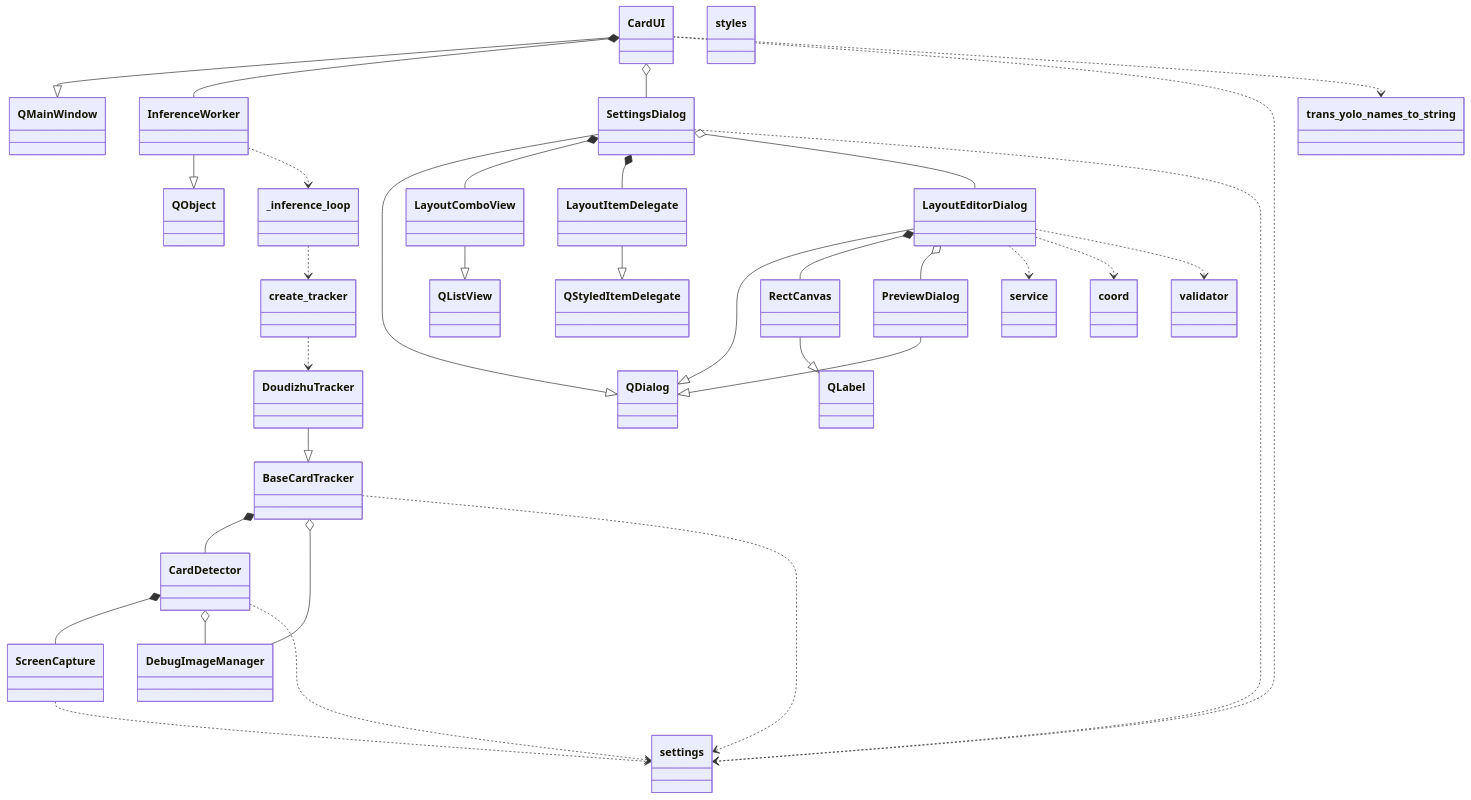
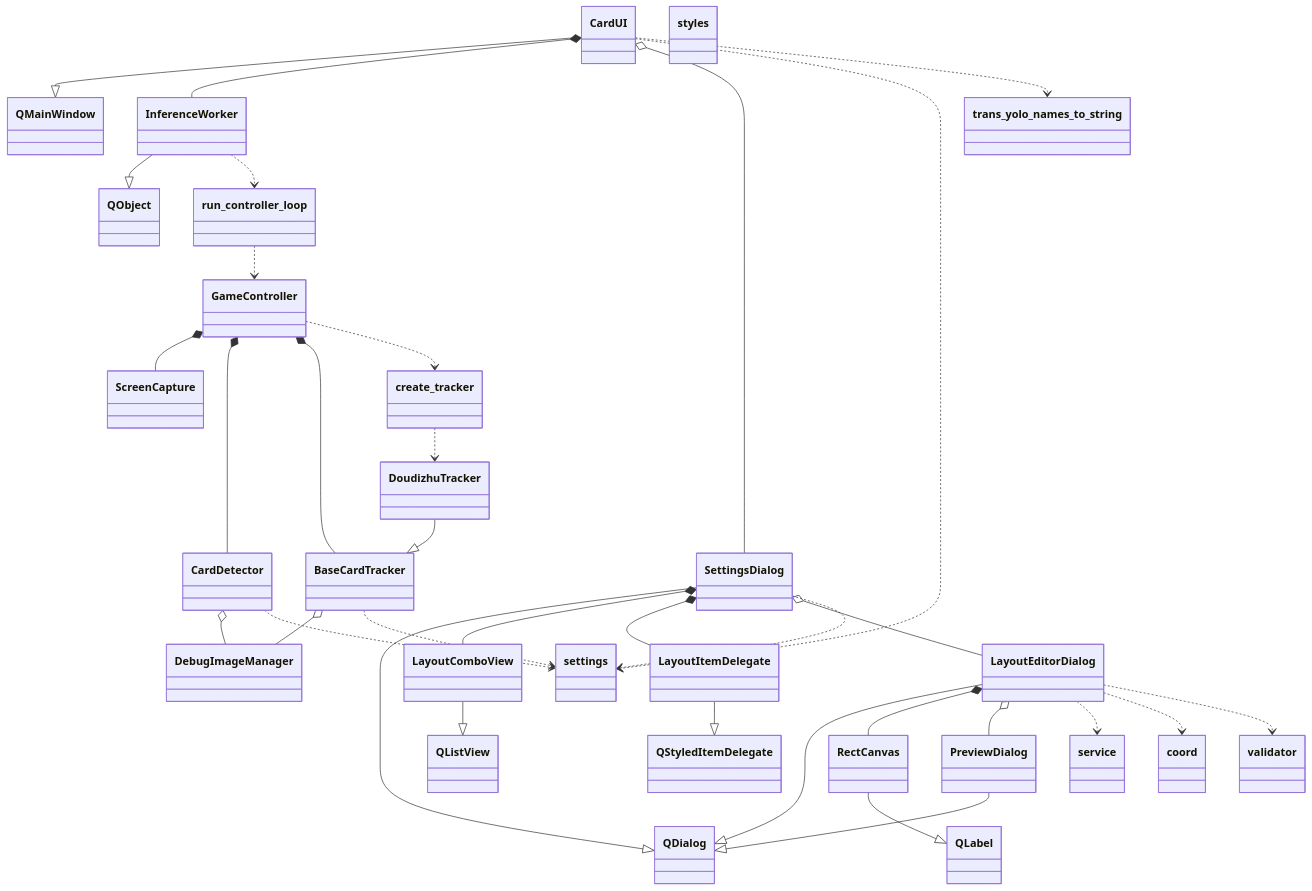
Before and after one commit to luckFan0519/han-card-tracker: the diagram in docs/class-diagram-overview.md, drawn with Mermaid. The commit also changed other lines of this file and 9 other files, not shown here.

````diff
--- a/docs/class-diagram-overview.md
+++ b/docs/class-diagram-overview.md
@@ -5,77 +5,79 @@
 ```mermaid
 classDiagram
     direction TB
 
     %% ========== UI 层 ==========
     class CardUI
     class SettingsDialog
     class LayoutEditorDialog
     class RectCanvas
     class PreviewDialog
     class LayoutItemDelegate
     class LayoutComboView
 
     %% ========== 推理层 ==========
     class InferenceWorker
-    class _inference_loop
+    class GameController
+    class run_controller_loop
 
     %% ========== 核心层 ==========
     class BaseCardTracker
     class DoudizhuTracker
     class create_tracker
     class CardDetector
     class ScreenCapture
     class DebugImageManager
 
     %% ========== 配置层 ==========
     class settings
 
     %% ========== 工具层 ==========
     class coord
     class service
     class validator
     class trans_yolo_names_to_string
     class styles
 
     %% ========== 继承 ==========
     CardUI --|> QMainWindow
     SettingsDialog --|> QDialog
     LayoutEditorDialog --|> QDialog
     PreviewDialog --|> QDialog
     RectCanvas --|> QLabel
     InferenceWorker --|> QObject
     LayoutItemDelegate --|> QStyledItemDelegate
     LayoutComboView --|> QListView
 
     %% ========== 组合（创建并持有） ==========
     CardUI *-- InferenceWorker
     LayoutEditorDialog *-- RectCanvas
     SettingsDialog *-- LayoutComboView
     SettingsDialog *-- LayoutItemDelegate
-    BaseCardTracker *-- CardDetector
-    CardDetector *-- ScreenCapture
+    GameController *-- ScreenCapture
+    GameController *-- CardDetector
+    GameController *-- BaseCardTracker
 
     %% ========== 聚合（按需创建/共享单例） ==========
     CardUI o-- SettingsDialog
     SettingsDialog o-- LayoutEditorDialog
     LayoutEditorDialog o-- PreviewDialog
     BaseCardTracker o-- DebugImageManager
     CardDetector o-- DebugImageManager
 
     %% ========== 继承 ==========
     DoudizhuTracker --|> BaseCardTracker
 
     %% ========== 依赖 ==========
     CardUI ..> settings
     CardUI ..> trans_yolo_names_to_string
     SettingsDialog ..> settings
     LayoutEditorDialog ..> service
     LayoutEditorDialog ..> coord
     LayoutEditorDialog ..> validator
-    InferenceWorker ..> _inference_loop
-    _inference_loop ..> create_tracker
+    InferenceWorker ..> run_controller_loop
+    run_controller_loop ..> GameController
+    GameController ..> create_tracker
     create_tracker ..> DoudizhuTracker
     BaseCardTracker ..> settings
     CardDetector ..> settings
-    ScreenCapture ..> settings
 ```
````
